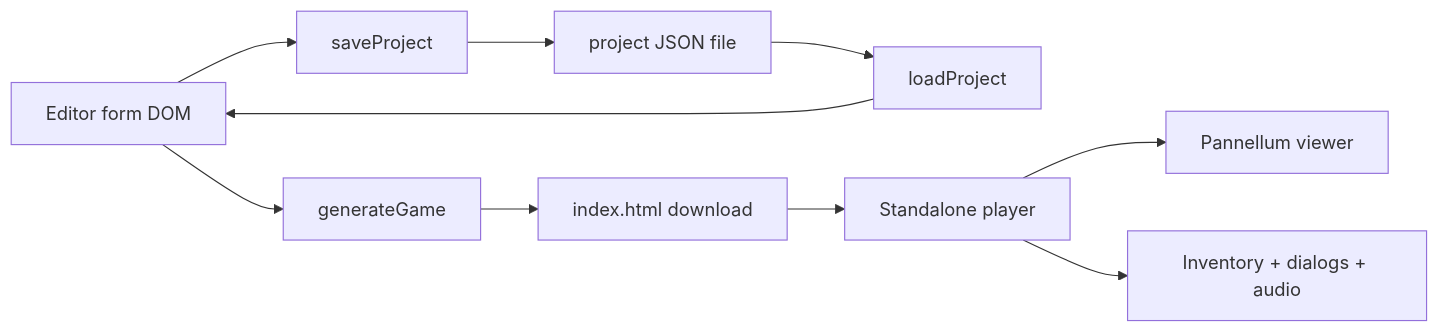
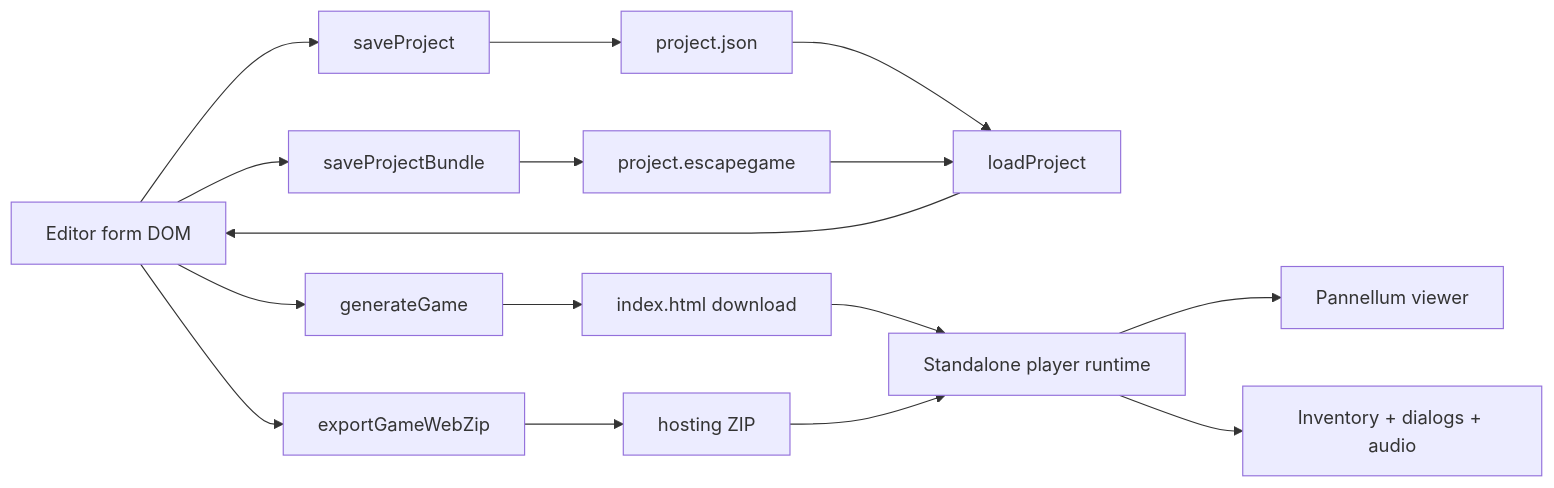
The second of 4 diagrams in docs/ARCHITECTURE.md (MentisVidus/escape-game-360-maker), drawn with Mermaid before and after one commit. The commit also changed other lines of this file, not shown here.

First line of the commit message:
docs(architecture): update Mermaid flows for JSON/bundle/export pipelines

````diff
--- a/docs/ARCHITECTURE.md
+++ b/docs/ARCHITECTURE.md
@@ -99,12 +107,23 @@
 ```mermaid
 flowchart LR
-    A[Editor form DOM] --> B[saveProject]
-    B --> C[project JSON file]
-    C --> D[loadProject]
+    A[Editor form DOM]
+    A --> B1[saveProject]
+    B1 --> C1[project.json]
+    A --> B2[saveProjectBundle]
+    B2 --> C2[project.escapegame]
+
+    C1 --> D[loadProject]
+    C2 --> D
     D --> A
-    A --> E[generateGame]
-    E --> F[index.html download]
-    F --> G[Standalone player]
+
+    A --> E1[generateGame]
+    E1 --> F1[index.html download]
+
+    A --> E2[exportGameWebZip]
+    E2 --> F2[hosting ZIP]
+
+    F1 --> G[Standalone player runtime]
+    F2 --> G
     G --> H[Pannellum viewer]
     G --> I[Inventory + dialogs + audio]
 ```
````
